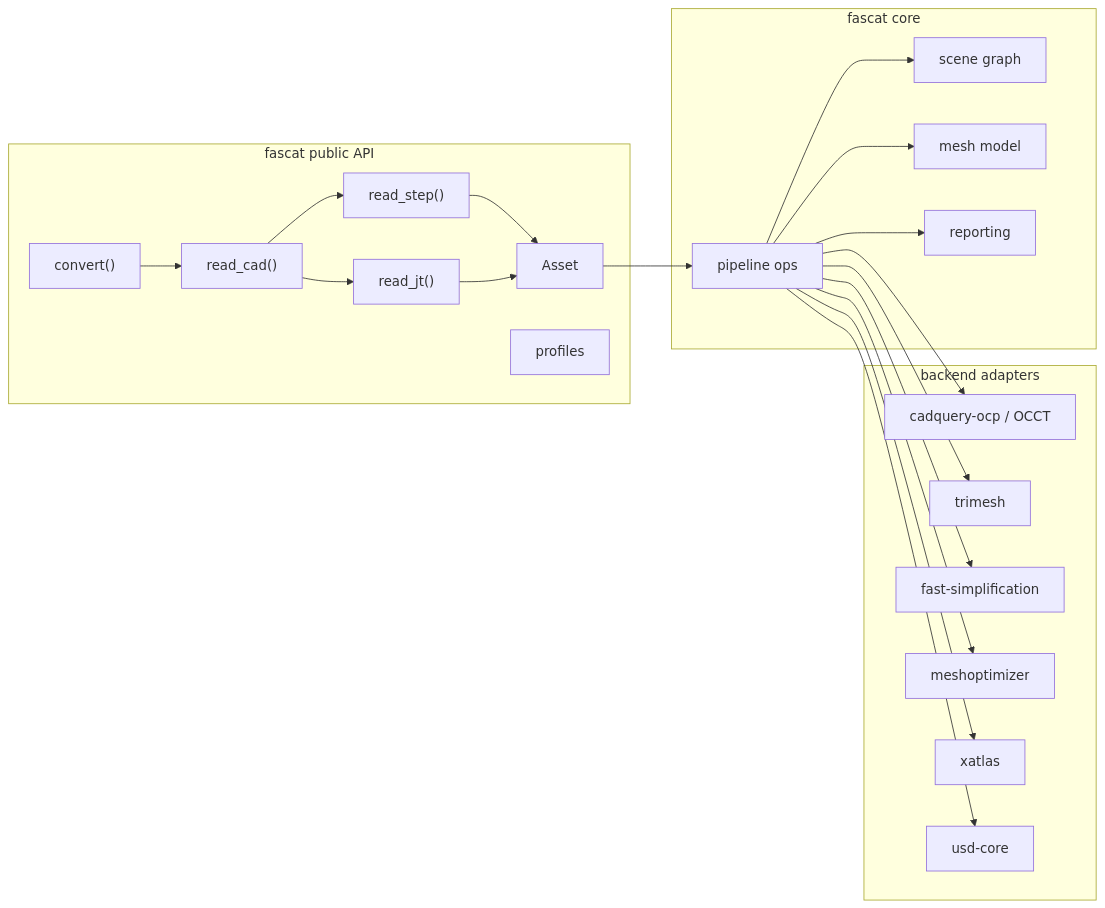
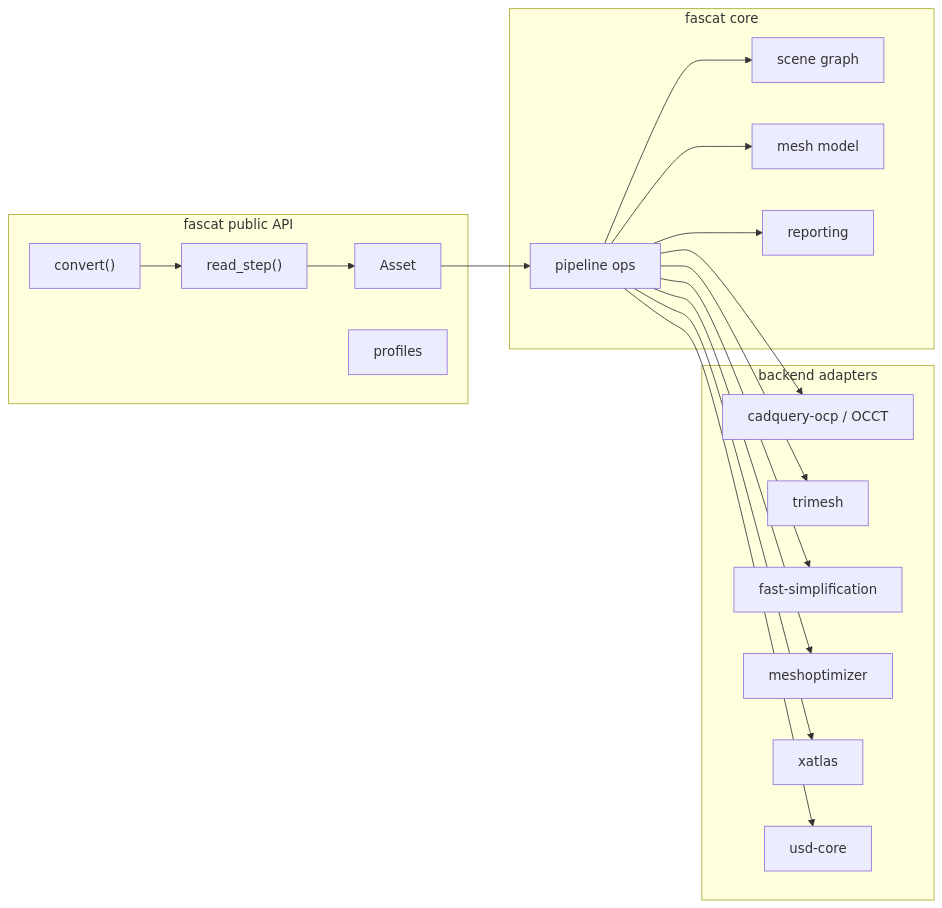
One commit to pavelsimo/fascat changed the second of 2 diagrams in PLAN.md. Above: the diagram before and after it, drawn with Mermaid. The commit also changed other lines of this file and 17 other files, not shown here.

````diff
--- a/PLAN.md
+++ b/PLAN.md
@@ -155,43 +152,38 @@
 ```mermaid
 flowchart LR
     subgraph PublicAPI["fascat public API"]
         Convert["convert()"]
-        ReadCAD["read_cad()"]
         ReadStep["read_step()"]
-        ReadJT["read_jt()"]
         Asset["Asset"]
         Profiles["profiles"]
     end
 
     subgraph Core["fascat core"]
         Scene["scene graph"]
         Mesh["mesh model"]
         Ops["pipeline ops"]
         Report["reporting"]
     end
 
     subgraph Backends["backend adapters"]
         OCP["cadquery-ocp / OCCT"]
         Trimesh["trimesh"]
         Simplify["fast-simplification"]
         Meshopt["meshoptimizer"]
         Xatlas["xatlas"]
         USD["usd-core"]
     end
 
-    Convert --> ReadCAD
-    ReadCAD --> ReadStep
-    ReadCAD --> ReadJT
+    Convert --> ReadStep
     ReadStep --> Asset
-    ReadJT --> Asset
     Asset --> Ops
     Ops --> Scene
     Ops --> Mesh
     Ops --> Report
     Ops --> OCP
     Ops --> Trimesh
     Ops --> Simplify
     Ops --> Meshopt
     Ops --> Xatlas
     Ops --> USD
 ```
````
